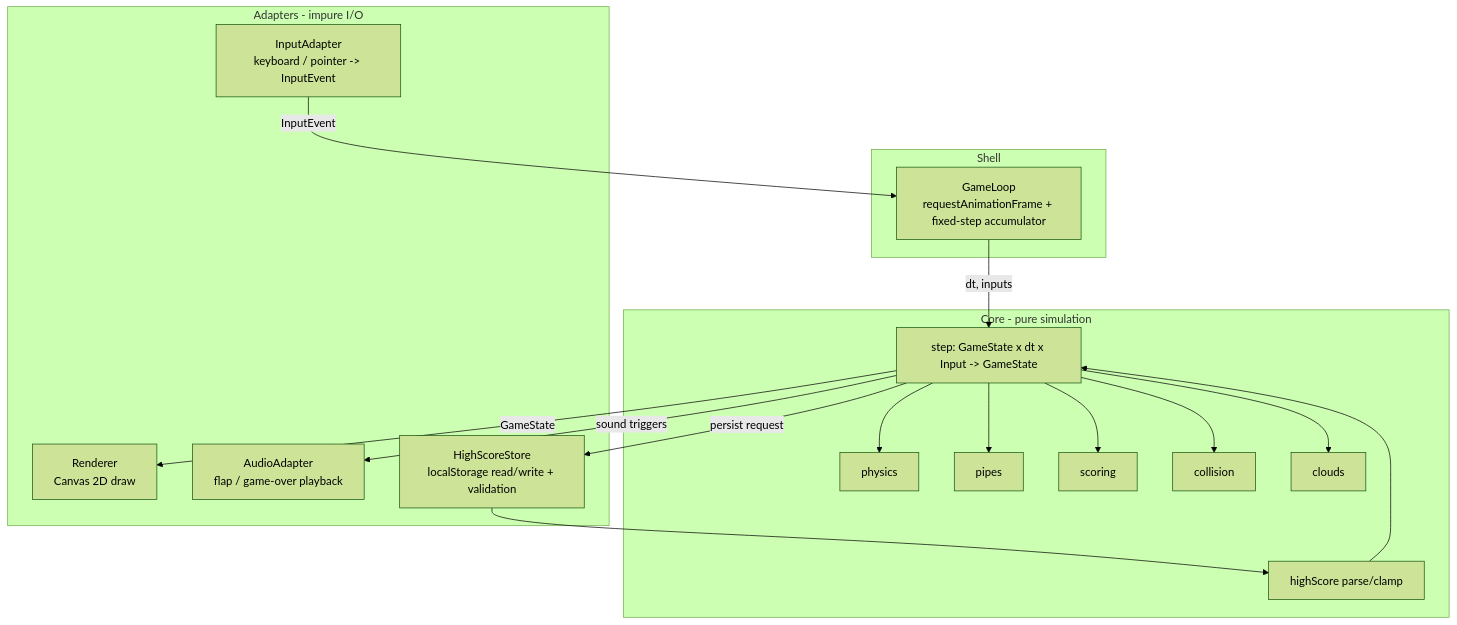
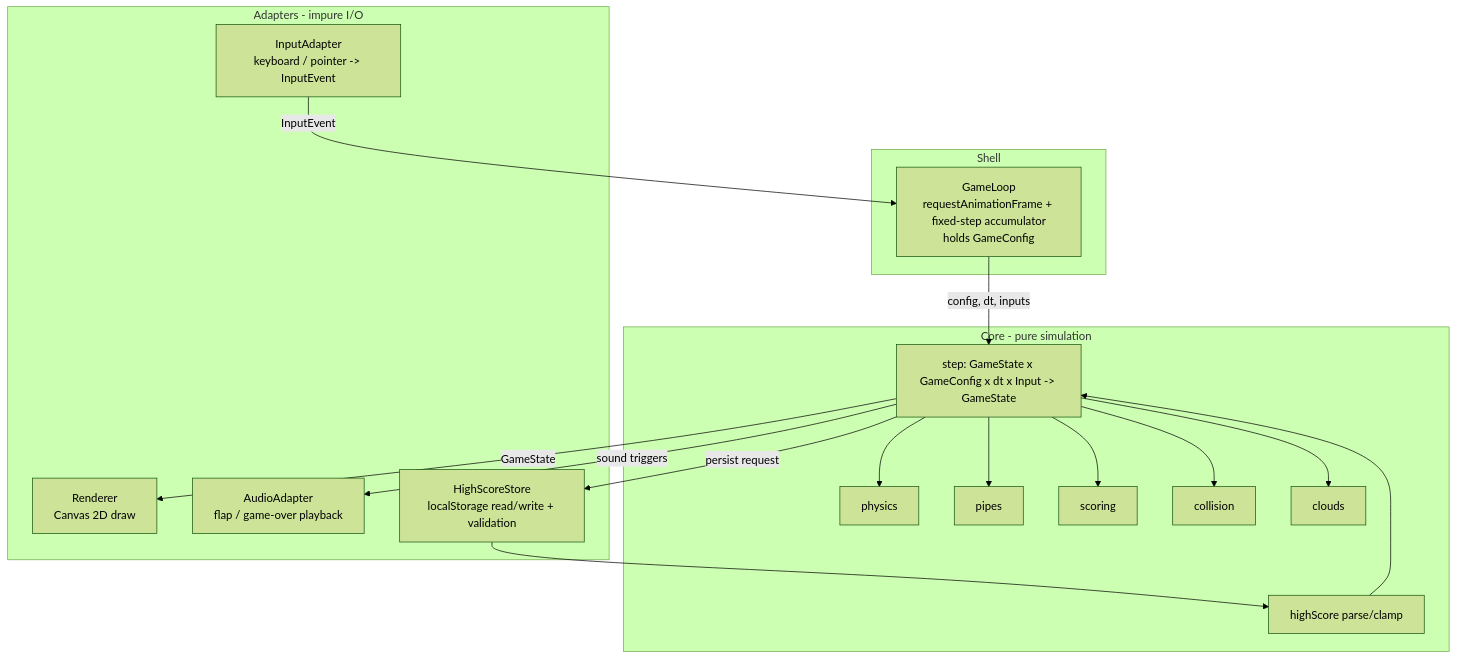
Before and after one commit to rcruz63/kiro-workshops: the diagram in express/.kiro/specs/flappy-kiro/design.md, drawn with Mermaid (forest theme). The commit also changed other lines of this file and 1 other file, not shown here.

First line of the commit message:
docs(flappy-kiro): Add task breakdown and refine design for config-driven architecture

````diff
--- a/express/.kiro/specs/flappy-kiro/design.md
+++ b/express/.kiro/specs/flappy-kiro/design.md
@@ -35,32 +42,32 @@
 ```mermaid
 flowchart TD
     subgraph Shell
-        GL[GameLoop<br/>requestAnimationFrame + fixed-step accumulator]
+        GL[GameLoop<br/>requestAnimationFrame + fixed-step accumulator<br/>holds GameConfig]
     end
 
     subgraph Adapters [Adapters - impure I/O]
         IN[InputAdapter<br/>keyboard / pointer -> InputEvent]
         RN[Renderer<br/>Canvas 2D draw]
         AU[AudioAdapter<br/>flap / game-over playback]
         ST[HighScoreStore<br/>localStorage read/write + validation]
     end
 
     subgraph Core [Core - pure simulation]
-        SM[step: GameState x dt x Input -> GameState]
+        SM[step: GameState x GameConfig x dt x Input -> GameState]
         PH[physics]
         PP[pipes]
         SC[scoring]
         CL[collision]
         CD[clouds]
         HS[highScore parse/clamp]
     end
 
-    GL -->|dt, inputs| SM
+    GL -->|config, dt, inputs| SM
     IN -->|InputEvent| GL
     SM --> PH & PP & SC & CL & CD
     SM -->|GameState| RN
     SM -->|sound triggers| AU
     SM -->|persist request| ST
     HS --> SM
     ST --> HS
 ```
````
